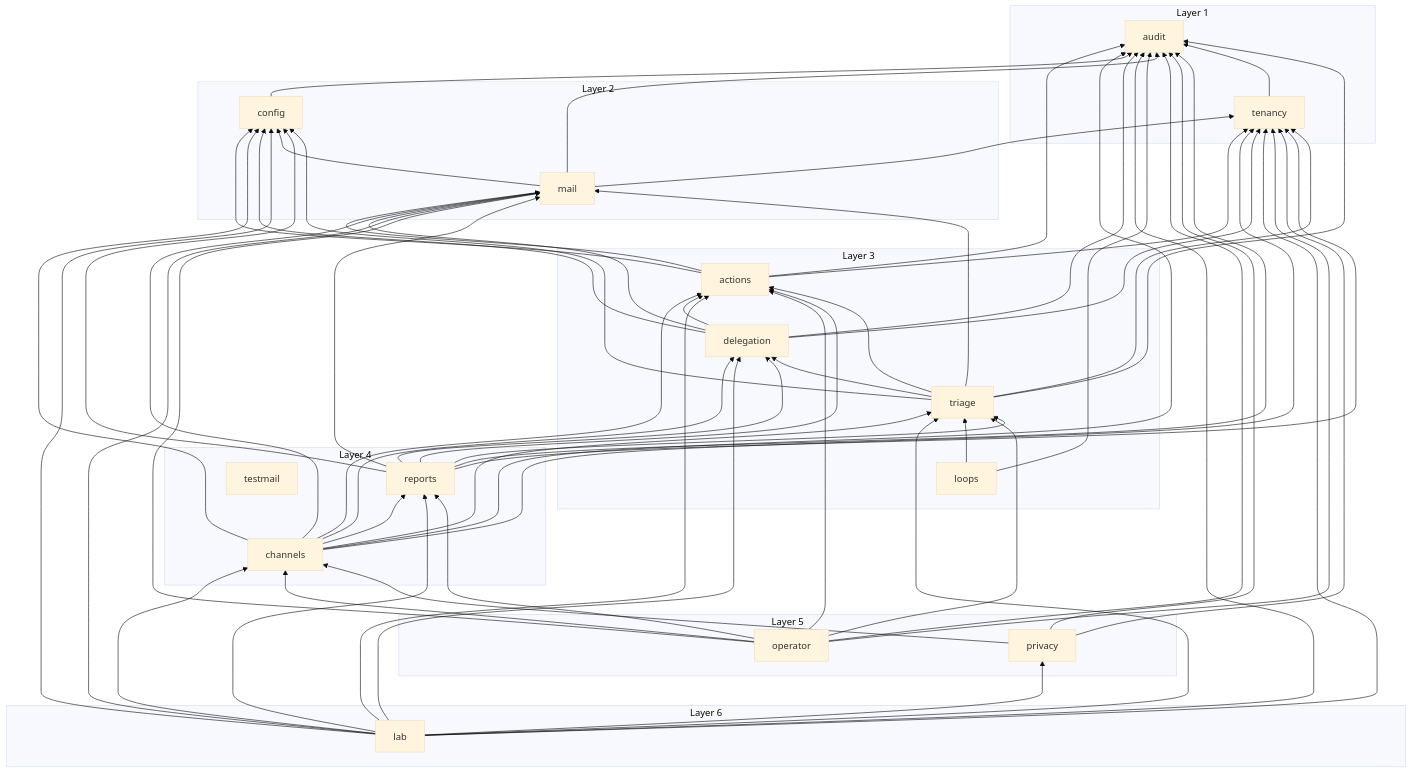
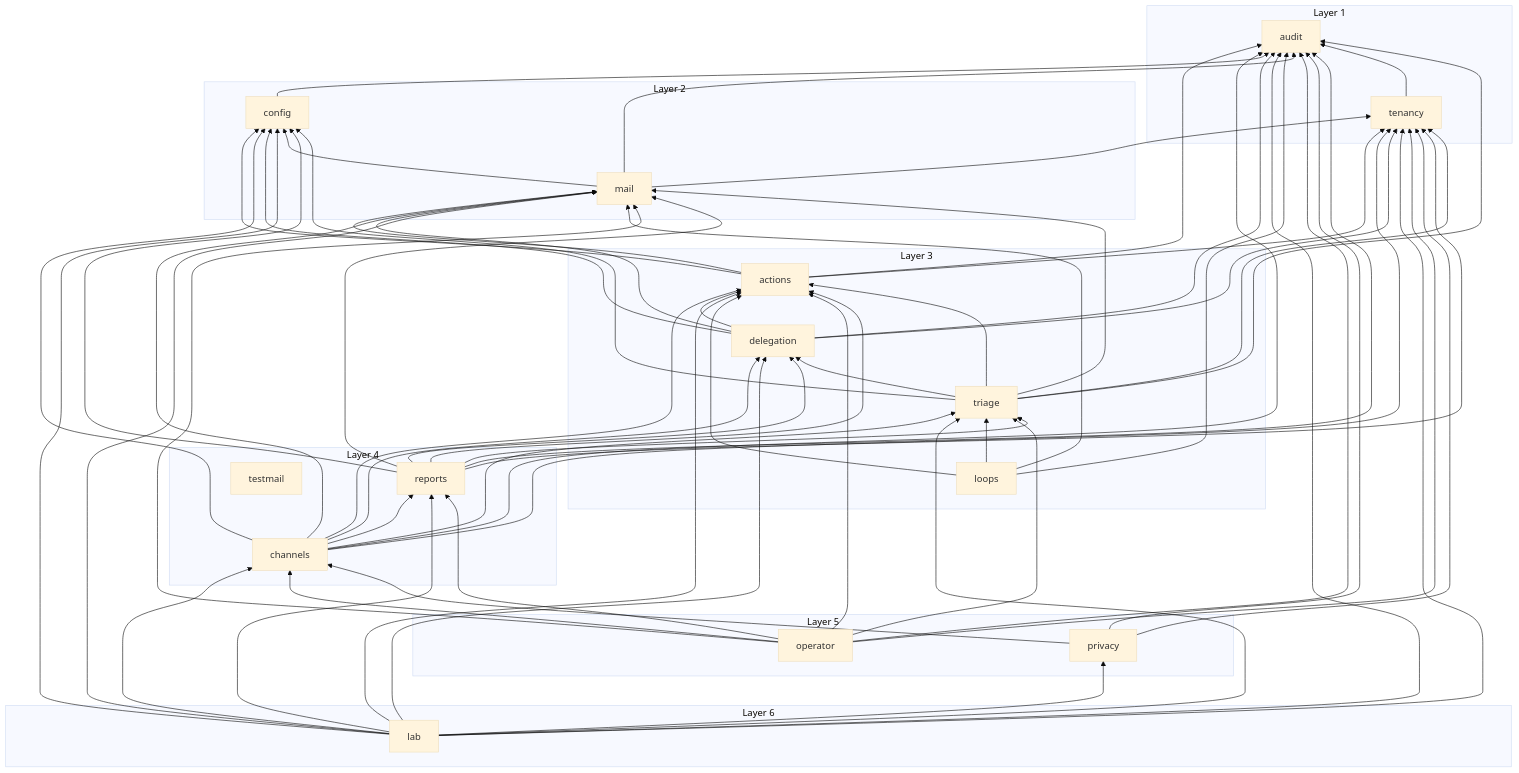
One commit to Artexs/email_assistant changed the diagram in docs/diagrams/module-graph.md. Above: the diagram before and after it, drawn with Mermaid (base theme). The commit also changed 9 other files, not shown here.

Commit message:
F116 stage 10: follow-up tests (T5-T10, safety, erase), docs, module graph edges

```diff
--- a/docs/diagrams/module-graph.md
+++ b/docs/diagrams/module-graph.md
@@ -60,7 +60,9 @@
   lab --> reports
   lab --> tenancy
   lab --> triage
+  loops --> actions
   loops --> audit
+  loops --> mail
   loops --> triage
   mail --> audit
   mail --> config
```
